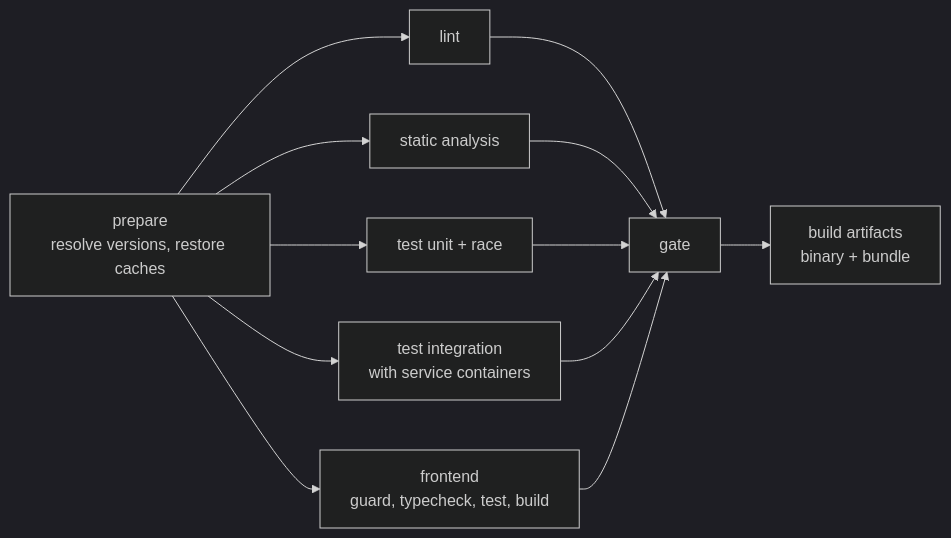
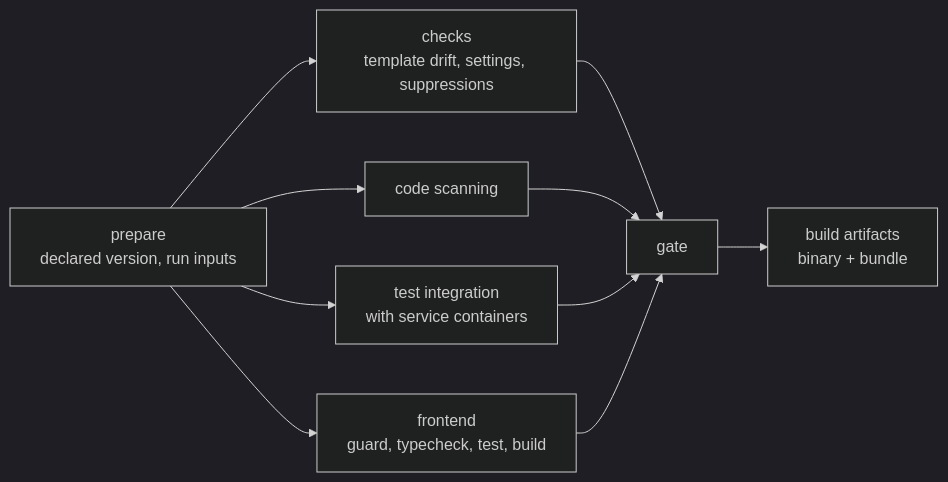
Before and after one commit to latere-ai/service-template: the diagram in specs/018-verify-pipeline.md, drawn with Mermaid (dark theme). The commit also changed other lines of this file and 16 other files, not shown here.

Commit message:
verify: run only what the shared bar does not cover, and require template v1.1.0

````diff
--- a/specs/018-verify-pipeline.md
+++ b/specs/018-verify-pipeline.md
@@ -34,14 +48,12 @@
 ```mermaid
 flowchart LR
-  P[prepare<br/>resolve versions, restore caches] --> L[lint]
-  P --> S[static analysis]
-  P --> T[test unit + race]
+  P[prepare<br/>declared version, run inputs] --> C[checks<br/>template drift, settings, suppressions]
+  P --> Q[code scanning]
   P --> I[test integration<br/>with service containers]
   P --> F[frontend<br/>guard, typecheck, test, build]
-  L --> G[gate]
-  S --> G
-  T --> G
+  C --> G[gate]
+  Q --> G
   I --> G
   F --> G
   G --> B[build artifacts<br/>binary + bundle]
 ```
````
